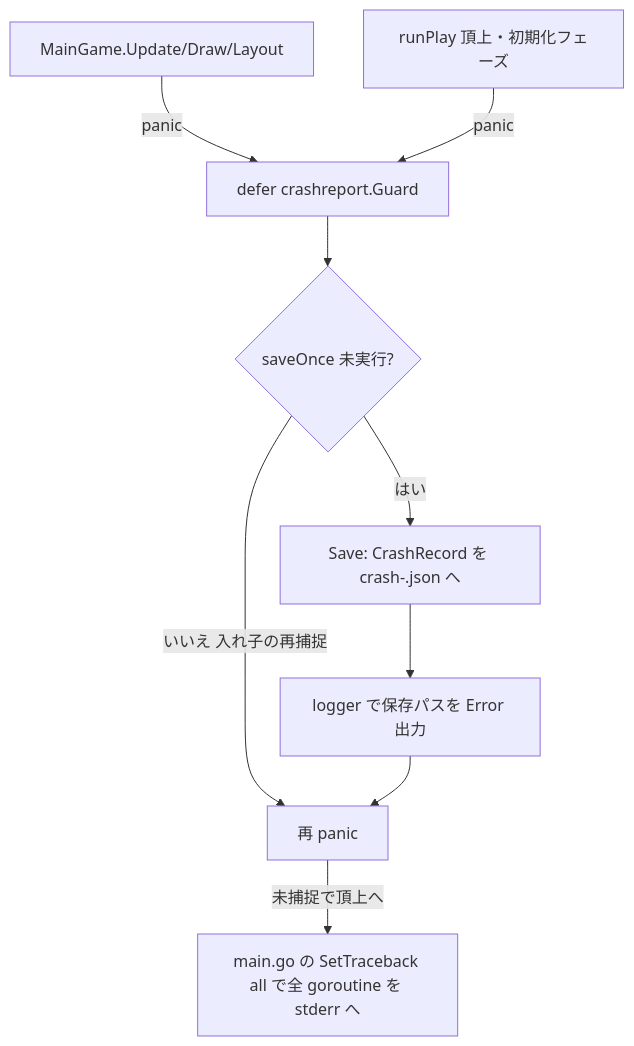
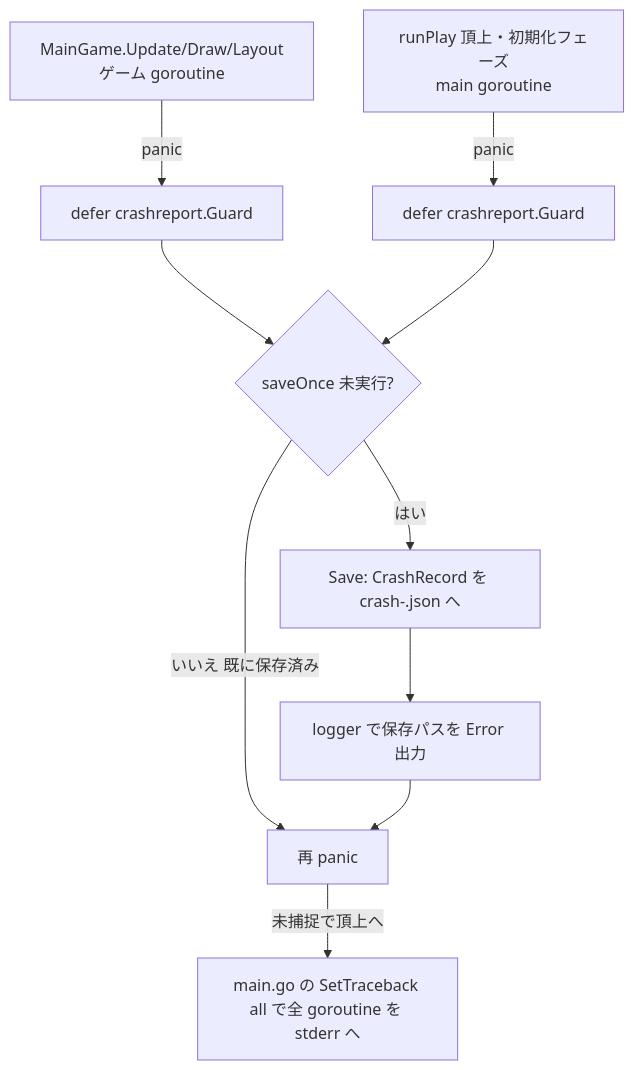
One commit to kijimad/ruins changed the diagram in docs/design/260916000431.md. Above: the diagram before and after it, drawn with Mermaid. The commit also changed other lines of this file and 1 other file, not shown here.

Commit message:
refactor(crashreport): レビュー対応。levelをloggerの単一出典にしフロー図を正す
CrashRecord.Level をリテラル "FATAL" から logger.LevelFatal.String() へ。logger の表記を
単一出典にして fatal/FATAL の取り違えを構造的に防ぐ。フロー図の Guard ノードをゲーム goroutine 側と
runPlay 側で分け、独立した defer が saveOnce だけを共有する構造を正確に示す。
Version・State・saveOnce リセットの指摘は実装で既に解決済み。

Claude-Session: https://claude.ai/code/session_019vvke2hSd5G5WfPy25uSwC

````diff
--- a/docs/design/260916000431.md
+++ b/docs/design/260916000431.md
@@ -156,11 +160,12 @@
 ```mermaid
 flowchart TD
-    U[MainGame.Update/Draw/Layout] -->|panic| G[defer crashreport.Guard]
-    I[runPlay 頂上・初期化フェーズ] -->|panic| G
-    G --> O{saveOnce 未実行?}
+    U[MainGame.Update/Draw/Layout<br/>ゲーム goroutine] -->|panic| G1[defer crashreport.Guard]
+    I[runPlay 頂上・初期化フェーズ<br/>main goroutine] -->|panic| G2[defer crashreport.Guard]
+    G1 --> O{saveOnce 未実行?}
+    G2 --> O
     O -->|はい| S[Save: CrashRecord を crash-.json へ]
-    O -->|いいえ 入れ子の再捕捉| R
+    O -->|いいえ 既に保存済み| R
     S --> B[logger で保存パスを Error 出力]
     B --> R[再 panic]
     R -->|未捕捉で頂上へ| T[main.go の SetTraceback all で全 goroutine を stderr へ]
 ```
````
